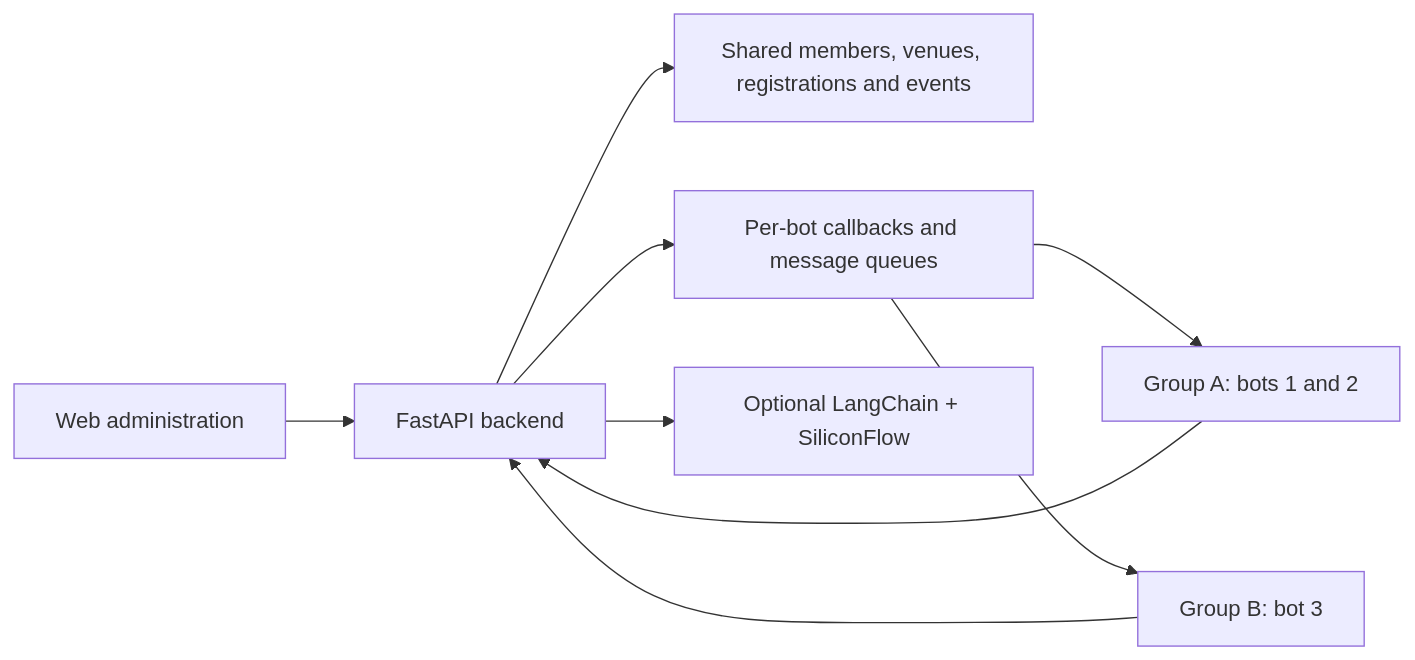
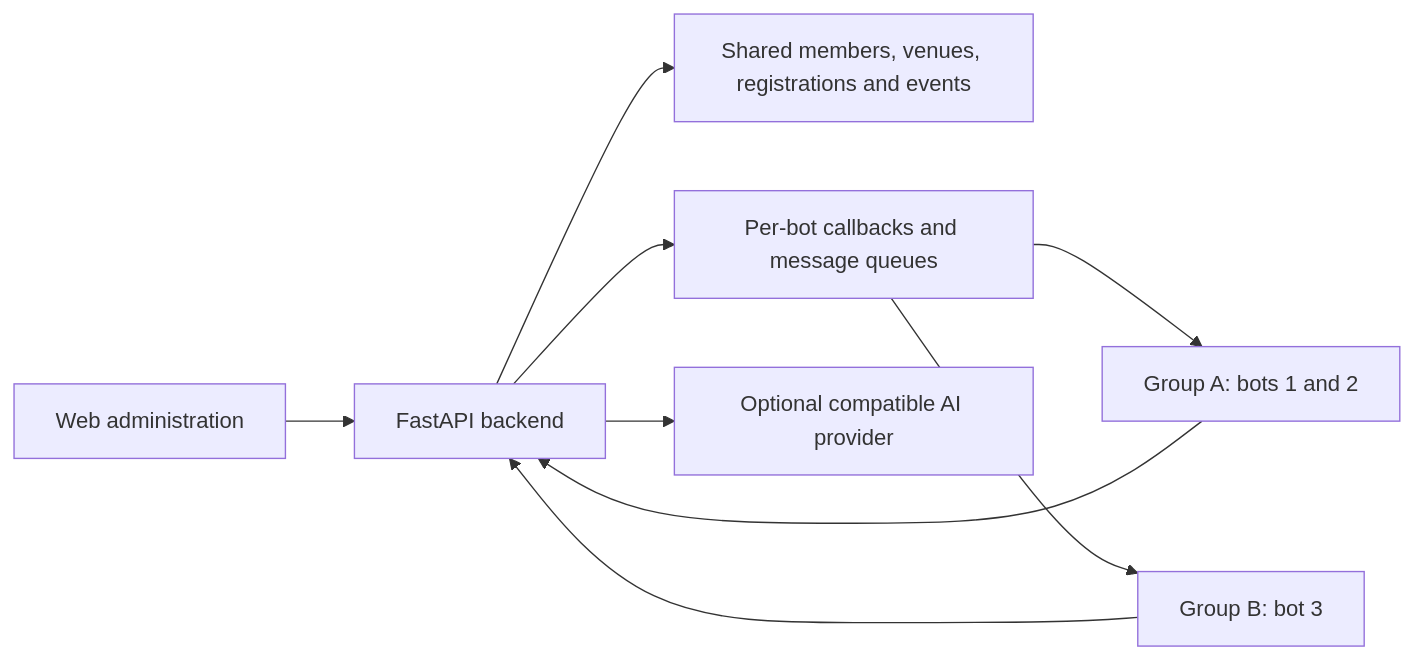
One commit to li-bruce/RobotReport changed the diagram in README.md. Above: the diagram before and after it, drawn with Mermaid. The commit also changed other lines of this file and 38 other files, not shown here.

````diff
--- a/README.md
+++ b/README.md
@@ -54,11 +57,11 @@
 ```mermaid
 flowchart LR
     UI[Web administration] --> API[FastAPI backend]
     G1[Group A: bots 1 and 2] --> API
     G2[Group B: bot 3] --> API
     API --> B[Shared members, venues, registrations and events]
     API --> T[Per-bot callbacks and message queues]
-    API --> AI[Optional LangChain + SiliconFlow]
+    API --> AI[Optional compatible AI provider]
     T --> G1
     T --> G2
 ```
````
